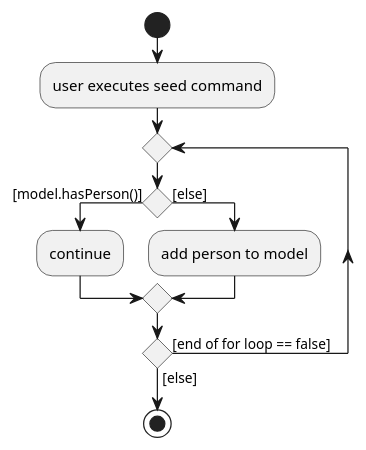
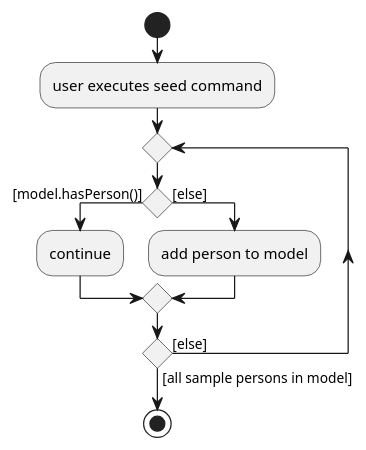
One commit to nus-cs2103-AY2425S1/tp changed the diagram in docs/diagrams/SeedActivityDiagram.puml. Above: the diagram before and after it, drawn with PlantUML. The commit also changed 5 other files, not shown here.

```diff
--- a/docs/diagrams/SeedActivityDiagram.puml
+++ b/docs/diagrams/SeedActivityDiagram.puml
@@ -1,16 +1,16 @@
 @startuml
 'https://plantuml.com/activity-diagram-beta
 
 start
 :user executes seed command;
 
 repeat
 if () then ([model.hasPerson()])
     :continue;
 else ([else])
     :add person to model;
 endif
-repeat while () is ([end of for loop == false]) not ([else])
+repeat while () is ([else]) not ([all sample persons in model])
 stop
 
 @enduml
```
